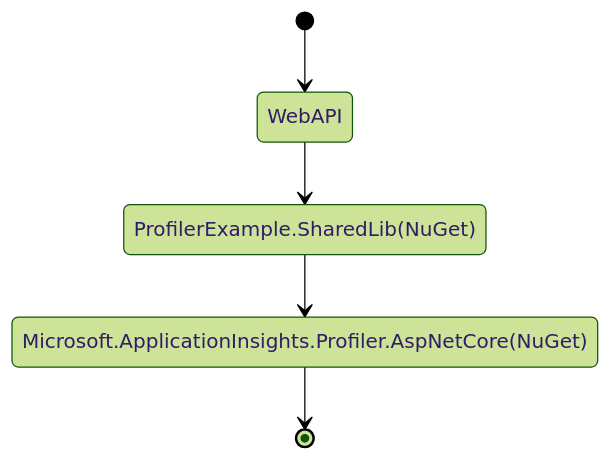
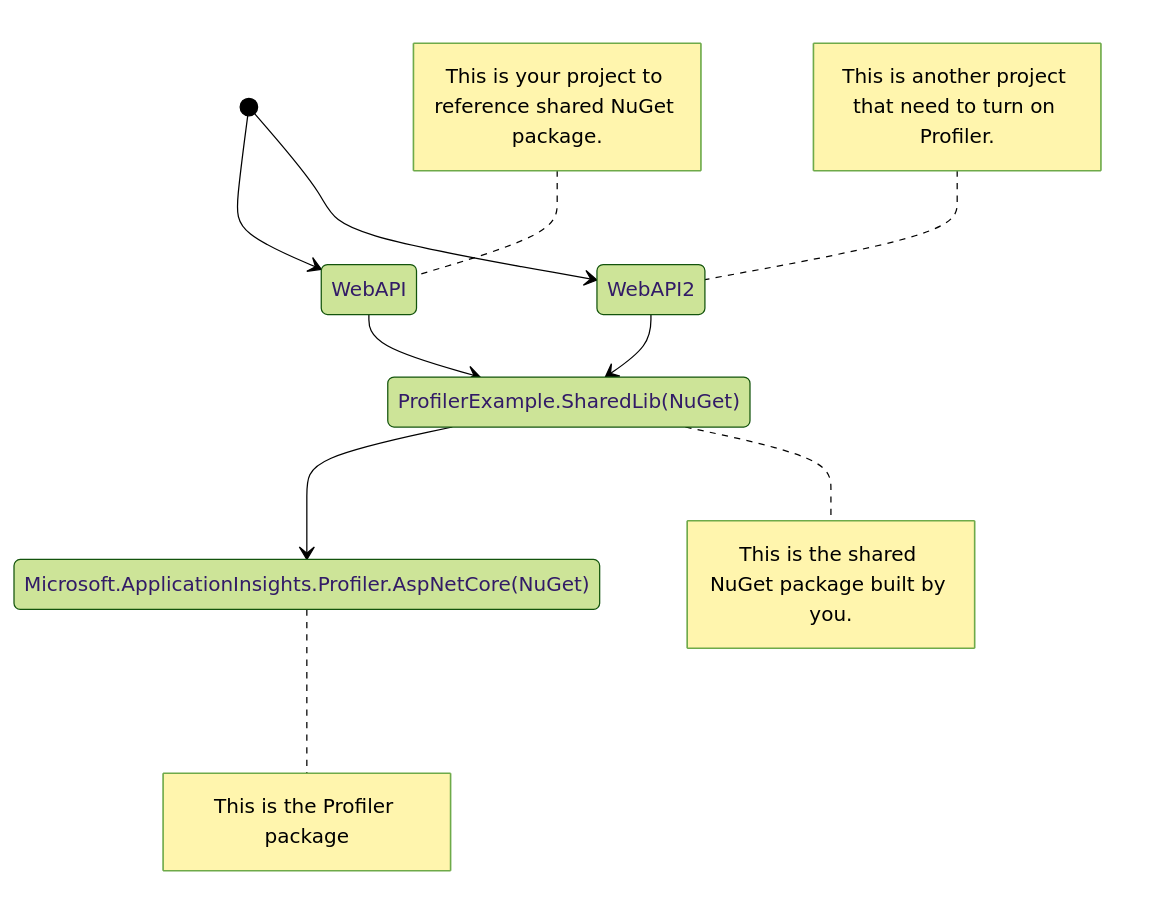
Before and after one commit to microsoft/ApplicationInsights-Profiler-AspNetCore: the diagram in examples/ReReleaseNuGet/Readme.md, drawn with Mermaid (forest theme). The commit also changed other lines of this file, not shown here.

Commit message:
Update the text a bit

````diff
--- a/examples/ReReleaseNuGet/Readme.md
+++ b/examples/ReReleaseNuGet/Readme.md
@@ -7,7 +7,13 @@
 ```mermaid
 stateDiagram-v2
 [*] --> WebAPI
+[*] --> WebAPI2
 WebAPI --> ProfilerExample.SharedLib(NuGet)
+WebAPI2 --> ProfilerExample.SharedLib(NuGet)
 ProfilerExample.SharedLib(NuGet) --> Microsoft.ApplicationInsights.Profiler.AspNetCore(NuGet)
-Microsoft.ApplicationInsights.Profiler.AspNetCore(NuGet) --> [*]
+
+note left of WebAPI2: This is another project that need to turn on Profiler.
+note left of WebAPI: This is your project to reference shared NuGet package.
+note right of ProfilerExample.SharedLib(NuGet): This is the shared NuGet package built by you.
+note right of Microsoft.ApplicationInsights.Profiler.AspNetCore(NuGet): This is the Profiler package
 ```
````
